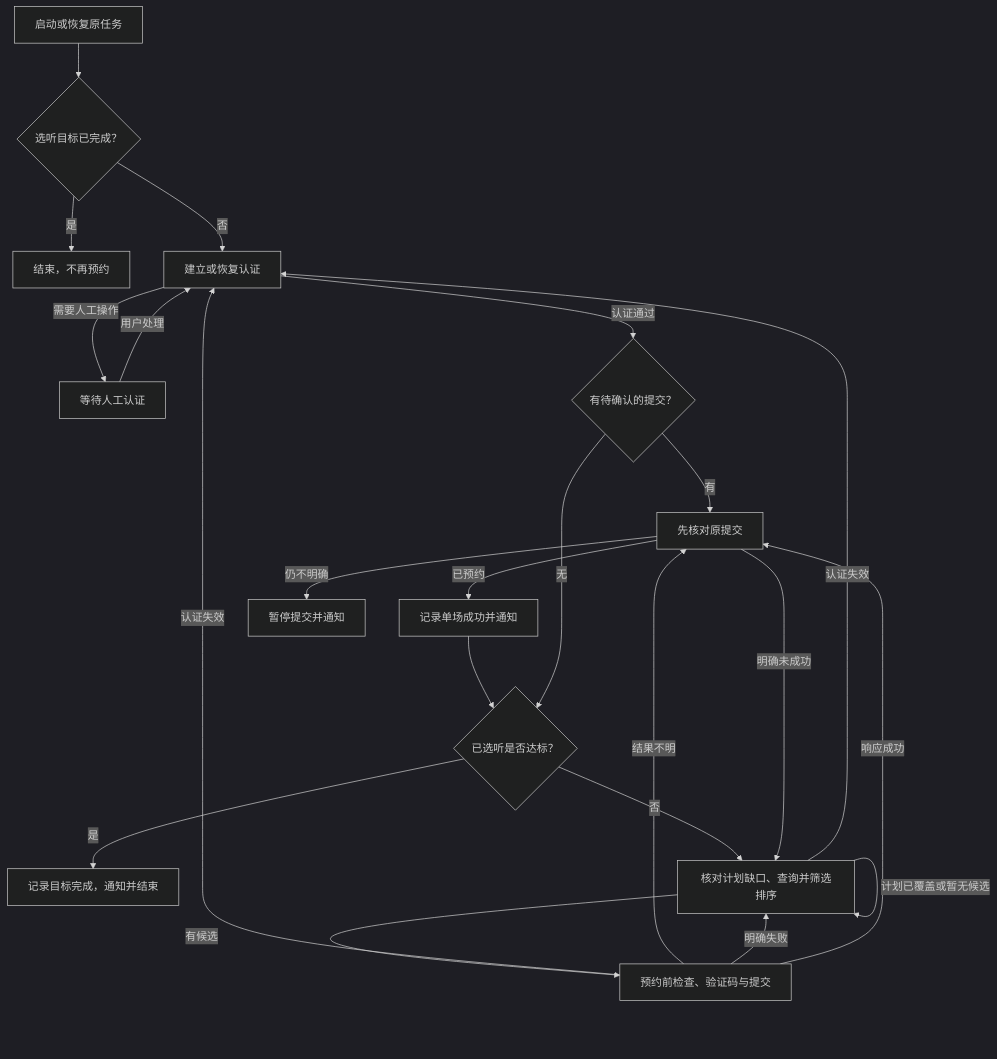
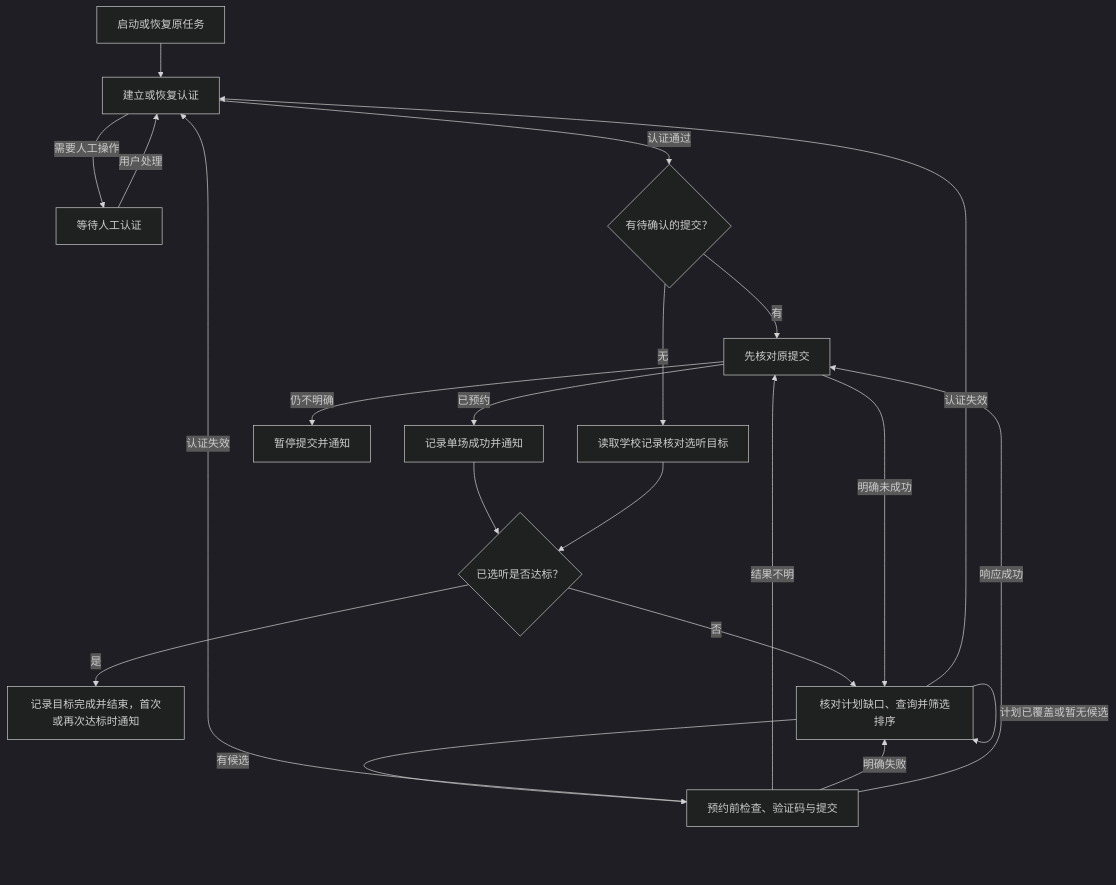
Before and after one commit to MuZiJin701/seu-lecture-reserve-http: the diagram in docs/requirements.md, drawn with Mermaid (dark theme). The commit also changed other lines of this file and 17 other files, not shown here.

Commit message:
Improve reservation flow and expand offline test coverage

````diff
--- a/docs/requirements.md
+++ b/docs/requirements.md
@@ -214,24 +283,23 @@
 ```mermaid
 flowchart TD
-    A[启动或恢复原任务] --> B{选听目标已完成？}
-    B -->|是| Z[结束，不再预约]
-    B -->|否| C[建立或恢复认证]
+    A[启动或恢复原任务] --> C[建立或恢复认证]
     C -->|需要人工操作| H[等待人工认证]
     H -->|用户处理| C
     C -->|认证通过| U{有待确认的提交？}
     U -->|有| V[先核对原提交]
     V -->|已预约| S[记录单场成功并通知]
     S --> G{已选听是否达标？}
-    G -->|是| F[记录目标完成，通知并结束]
+    G -->|是| F[记录目标完成并结束，首次或再次达标时通知]
     G -->|否| P
     V -->|明确未成功| P[核对计划缺口、查询并筛选排序]
     V -->|仍不明确| W[暂停提交并通知]
-    U -->|无| G
+    U -->|无| N[读取学校记录核对选听目标]
+    N --> G
     P -->|计划已覆盖或暂无候选| P
     P -->|有候选| R[预约前检查、验证码与提交]
     R -->|认证失效| C
     P -->|认证失效| C
     R -->|结果不明| V
     R -->|明确失败| P
     R -->|响应成功| V
 ```
````
